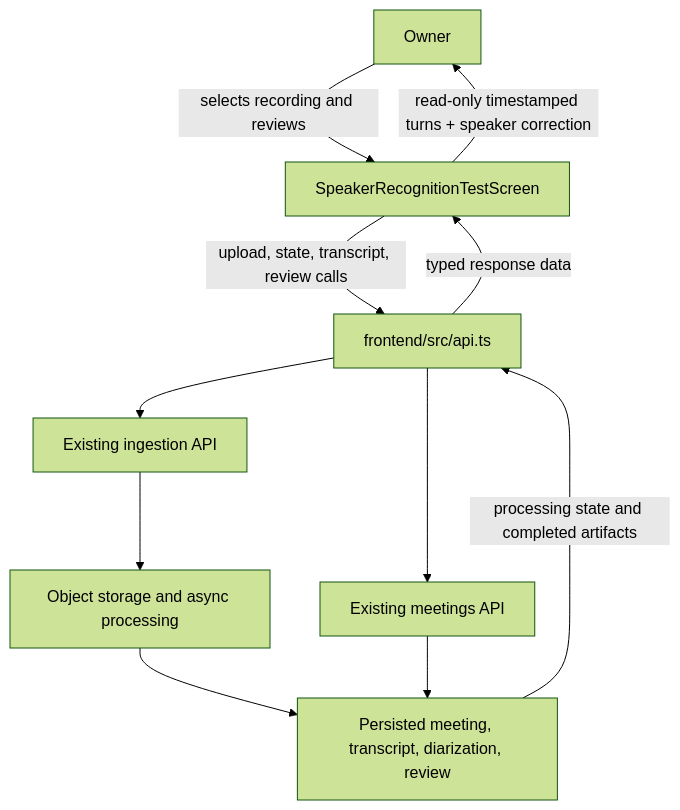
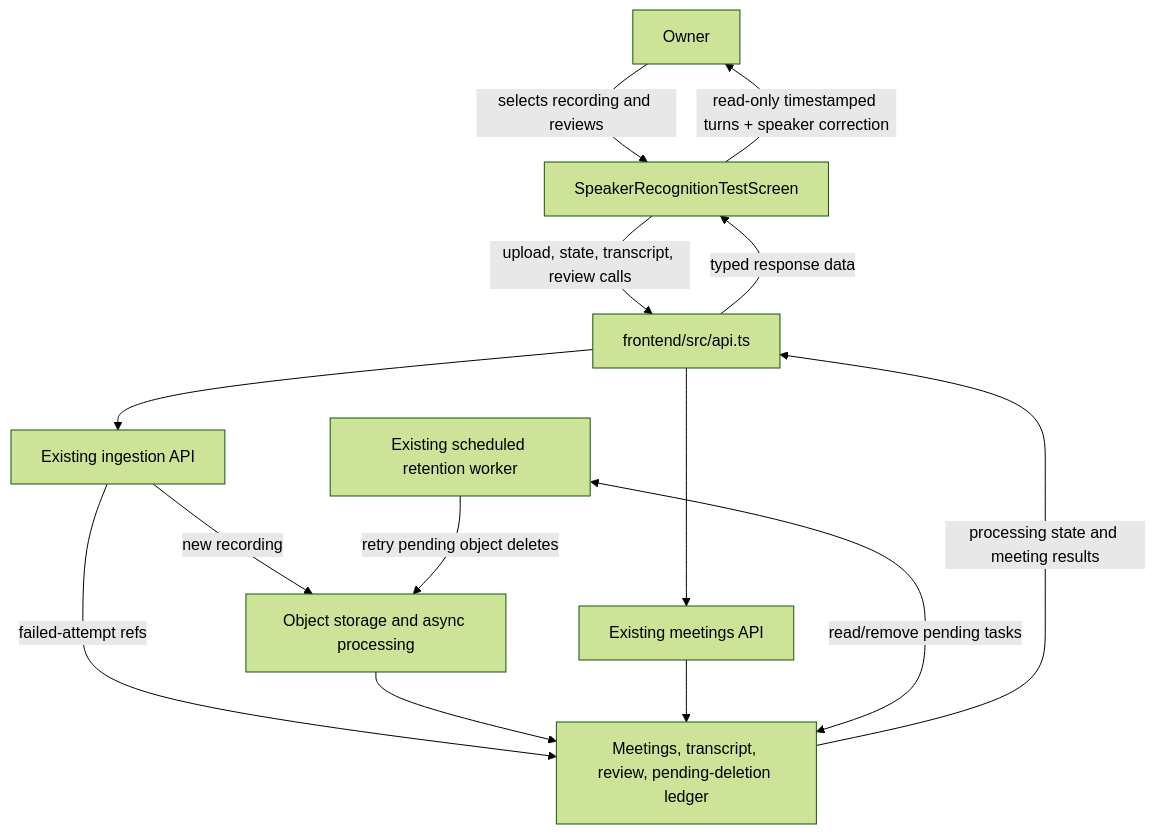
The first of 2 diagrams in .spectra/specs/speaker-recognition-test-screen/design.md (lufermalgo/sauri), drawn with Mermaid (forest theme) before and after one commit. The commit also changed other lines of this file, not shown here.

Commit message:
docs(speaker-recognition-test-screen): persist failed media cleanup

````diff
--- a/.spectra/specs/speaker-recognition-test-screen/design.md
+++ b/.spectra/specs/speaker-recognition-test-screen/design.md
@@ -31,13 +33,16 @@
 ```mermaid
 graph TD
     U[Owner] -->|selects recording and reviews| TS[SpeakerRecognitionTestScreen]
     TS -->|upload, state, transcript, review calls| API[frontend/src/api.ts]
     API --> ING[Existing ingestion API]
     API --> MEET[Existing meetings API]
-    ING --> STORE[Object storage and async processing]
-    STORE --> DB[Persisted meeting, transcript, diarization, review]
+    ING -->|new recording| STORE[Object storage and async processing]
+    ING -->|failed-attempt refs| DB[Meetings, transcript, review, pending-deletion ledger]
+    STORE --> DB
     MEET --> DB
-    DB -->|processing state and completed artifacts| API
+    DB -->|processing state and meeting results| API
+    RET[Existing scheduled retention worker] -->|retry pending object deletes| STORE
+    RET <-->|read/remove pending tasks| DB
     API -->|typed response data| TS
     TS -->|read-only timestamped turns + speaker correction| U
 ```
````
